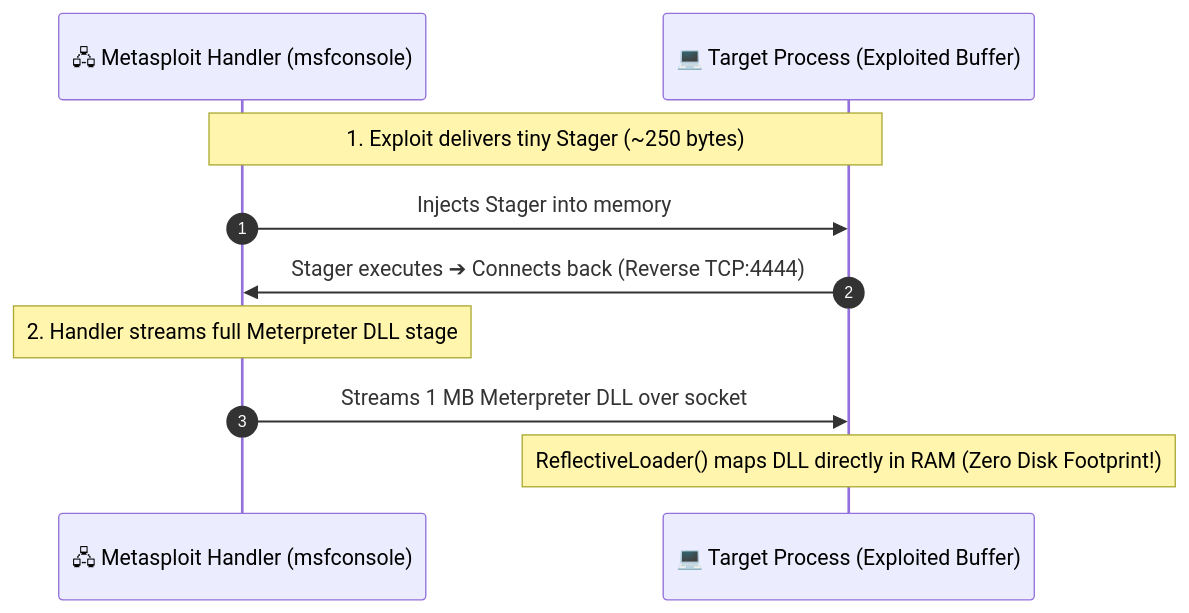
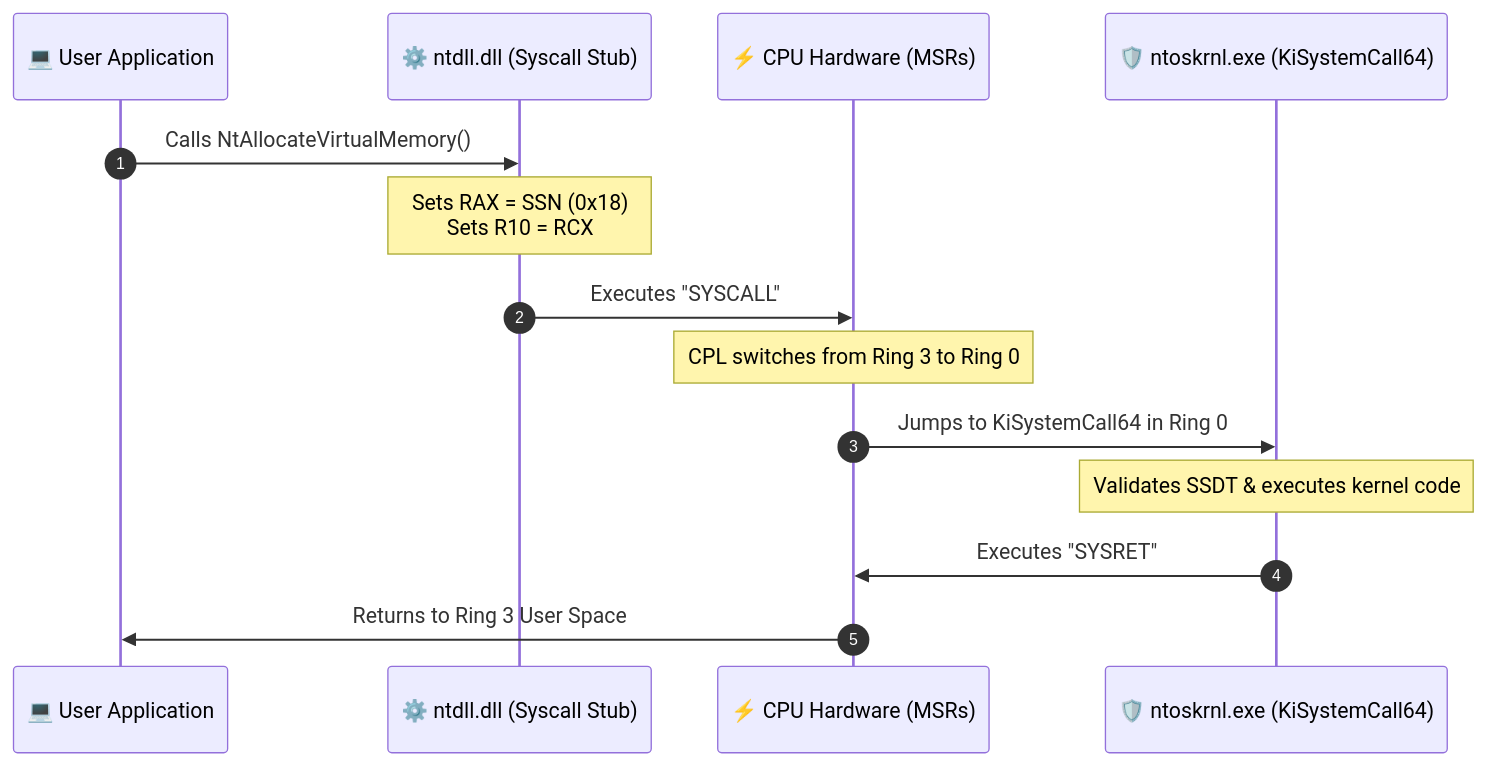
Before and after one commit to DaddyZyn/Cyber-security-notes: the first of 3 diagrams in README.md, drawn with Mermaid. The commit also changed other lines of this file and 6 other files, not shown here.

Commit message:
feat: add low-level track modules 14-19 (OS architecture, 4-level paging, PE format, x64 assembly & Fastcall, manual mapping & hooking, RE protections & anti-debugging)

````diff
--- a/README.md
+++ b/README.md
@@ -69,13 +84,17 @@
 ```mermaid
 sequenceDiagram
     autonumber
-    participant Attacker as 🖧 Metasploit Handler (msfconsole)
-    participant Target as 💻 Target Process (Exploited Buffer)
+    participant App as 💻 User Application
+    participant NT as ⚙️ ntdll.dll (Syscall Stub)
+    participant CPU as ⚡ CPU Hardware (MSRs)
+    participant Kernel as 🛡️ ntoskrnl.exe (KiSystemCall64)
 
-    Note over Attacker,Target: 1. Exploit delivers tiny Stager (~250 bytes)
-    Attacker->>Target: Injects Stager into memory
-    Target->>Attacker: Stager executes ➔ Connects back (Reverse TCP:4444)
-    Note over Attacker: 2. Handler streams full Meterpreter DLL stage
-    Attacker->>Target: Streams 1 MB Meterpreter DLL over socket
-    Note over Target: ReflectiveLoader() maps DLL directly in RAM (Zero Disk Footprint!)
+    App->>NT: Calls NtAllocateVirtualMemory()
+    Note over NT: Sets RAX = SSN (0x18)<br>Sets R10 = RCX
+    NT->>CPU: Executes "SYSCALL"
+    Note over CPU: CPL switches from Ring 3 to Ring 0
+    CPU->>Kernel: Jumps to KiSystemCall64 in Ring 0
+    Note over Kernel: Validates SSDT & executes kernel code
+    Kernel->>CPU: Executes "SYSRET"
+    CPU->>App: Returns to Ring 3 User Space
 ```
````
